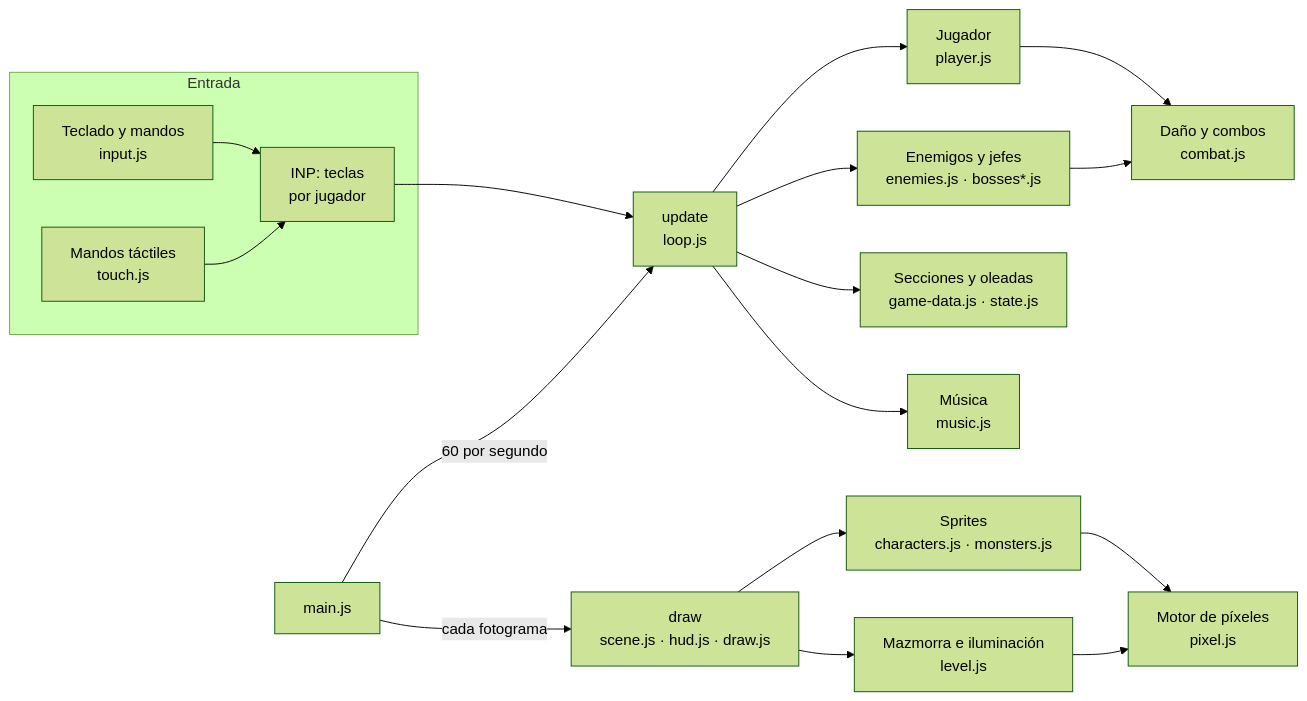
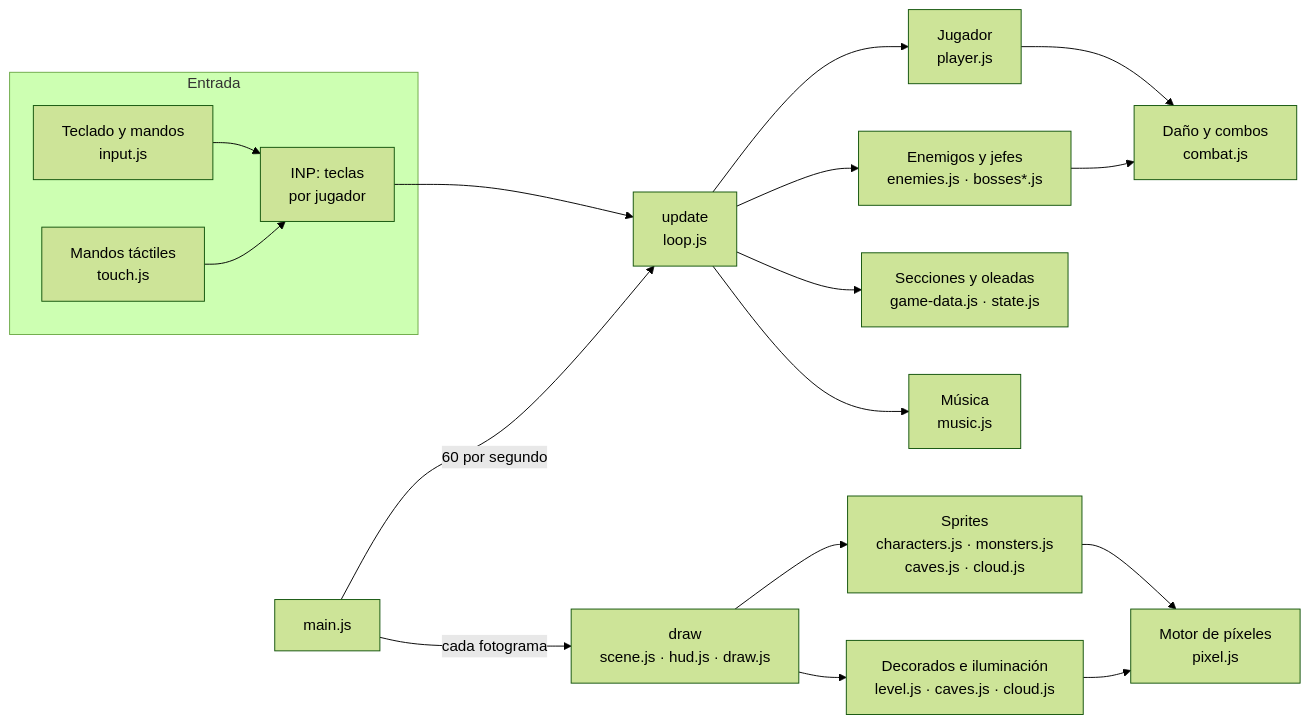
Before and after one commit to serbenda/dungeons-and-deployments: the first of 2 diagrams in docs/arquitectura.md, drawn with Mermaid (forest theme). The commit also changed other lines of this file and 14 other files, not shown here.

````diff
--- a/docs/arquitectura.md
+++ b/docs/arquitectura.md
@@ -7,20 +7,20 @@
 ```mermaid
 flowchart LR
   subgraph Entrada
     K[Teclado y mandos<br>input.js] --> Q[INP: teclas<br>por jugador]
     T[Mandos táctiles<br>touch.js] --> Q
   end
   Q --> U[update<br>loop.js]
   U --> PL[Jugador<br>player.js]
   U --> EN[Enemigos y jefes<br>enemies.js · bosses*.js]
   PL --> CB[Daño y combos<br>combat.js]
   EN --> CB
   U --> SEC[Secciones y oleadas<br>game-data.js · state.js]
   U --> MU[Música<br>music.js]
-  D[draw<br>scene.js · hud.js · draw.js] --> LV[Mazmorra e iluminación<br>level.js]
-  D --> SP[Sprites<br>characters.js · monsters.js]
+  D[draw<br>scene.js · hud.js · draw.js] --> LV[Decorados e iluminación<br>level.js · caves.js · cloud.js]
+  D --> SP[Sprites<br>characters.js · monsters.js<br>caves.js · cloud.js]
   SP --> PX[Motor de píxeles<br>pixel.js]
   LV --> PX
   M[main.js] -->|60 por segundo| U
   M -->|cada fotograma| D
 ```
````
